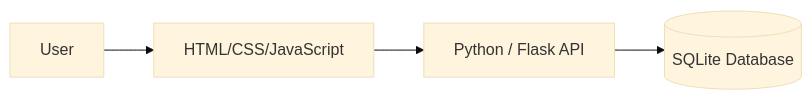
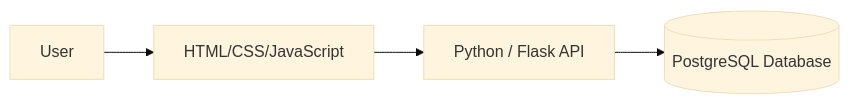
The diagram in README.md (onleetosh/aim), drawn with Mermaid (base theme) before and after one commit. The commit also changed other lines of this file and 6 other files, not shown here.

Commit message:
standardize on PostgreSQL for both local development and deployment

````diff
--- a/README.md
+++ b/README.md
@@ -147,7 +147,7 @@
 ```mermaid
 flowchart LR
     U["User"] --> FE["React Front End"]
     FE["HTML/CSS/JavaScript"] --> API["Python / Flask API"]
-    API --> DB[("SQLite Database")]
+    API --> DB[("PostgreSQL Database")]
 
 ```
````
